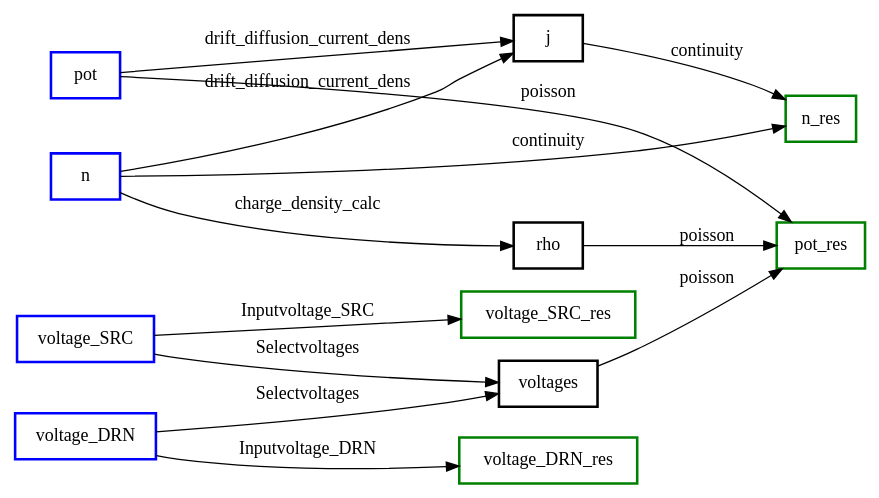
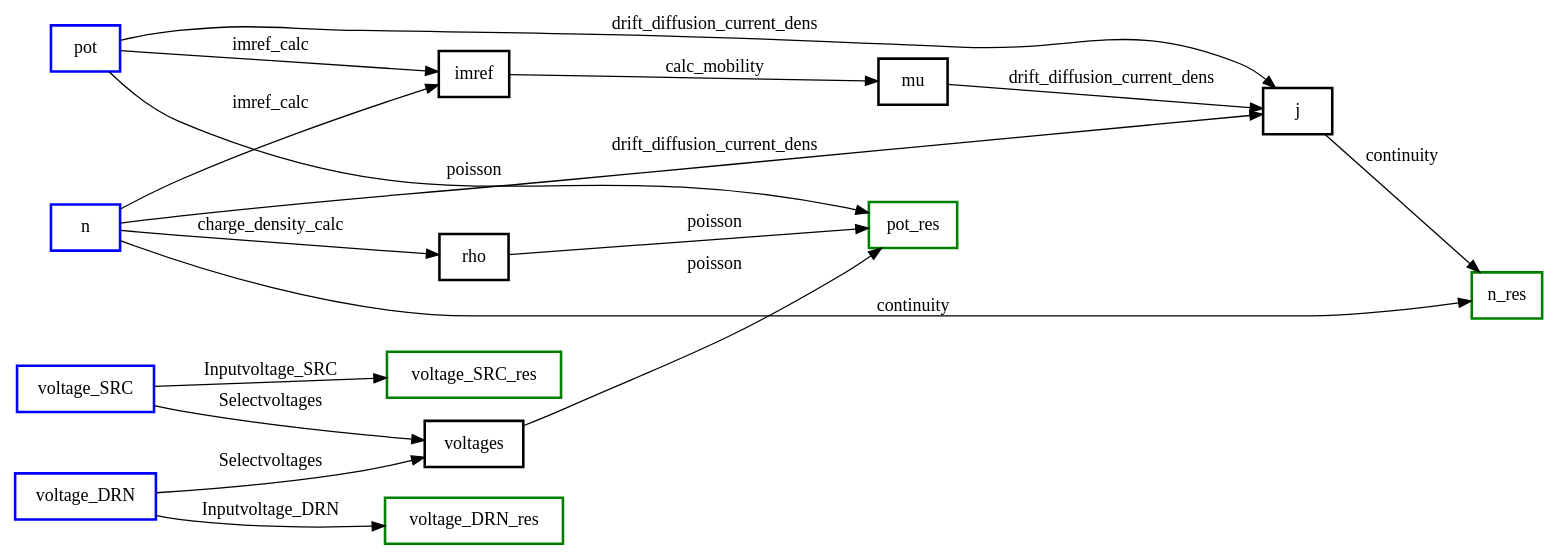
One commit to po1arbear21/cybear changed the diagram in full.gv. Above: the diagram before and after it, drawn with Graphviz. The commit also changed 14 other files, not shown here.

```diff
--- a/full.gv
+++ b/full.gv
@@ -1,38 +1,46 @@
 digraph mygraph {
   rankdir = "LR"
   node [shape=box]
   1 [color=blue label="pot
 " penwidth=2.0]
   2 [color=green label="pot_res
 " penwidth=2.0]
   3 [color=black label="rho
 " penwidth=2.0]
   4 [color=black label="voltages
 " penwidth=2.0]
   5 [color=blue label="n
 " penwidth=2.0]
   6 [color=green label="n_res
 " penwidth=2.0]
   7 [color=black label="j
 " penwidth=2.0]
-  8 [color=blue label="voltage_SRC
+  8 [color=black label="mu
 " penwidth=2.0]
-  9 [color=green label="voltage_SRC_res
+  9 [color=black label="imref
 " penwidth=2.0]
-  10 [color=blue label="voltage_DRN
+  10 [color=blue label="voltage_SRC
 " penwidth=2.0]
-  11 [color=green label="voltage_DRN_res
+  11 [color=green label="voltage_SRC_res
+" penwidth=2.0]
+  12 [color=blue label="voltage_DRN
+" penwidth=2.0]
+  13 [color=green label="voltage_DRN_res
 " penwidth=2.0]
   1 -> 2 [label="poisson"]
   3 -> 2 [label="poisson"]
   4 -> 2 [label="poisson"]
   5 -> 3 [label="charge_density_calc"]
-  8 -> 4 [label="Selectvoltages"]
   10 -> 4 [label="Selectvoltages"]
+  12 -> 4 [label="Selectvoltages"]
   7 -> 6 [label="continuity"]
   5 -> 6 [label="continuity"]
   5 -> 7 [label="drift_diffusion_current_dens"]
   1 -> 7 [label="drift_diffusion_current_dens"]
-  8 -> 9 [label="Inputvoltage_SRC"]
-  10 -> 11 [label="Inputvoltage_DRN"]
+  8 -> 7 [label="drift_diffusion_current_dens"]
+  9 -> 8 [label="calc_mobility"]
+  1 -> 9 [label="imref_calc"]
+  5 -> 9 [label="imref_calc"]
+  10 -> 11 [label="Inputvoltage_SRC"]
+  12 -> 13 [label="Inputvoltage_DRN"]
 }
```
